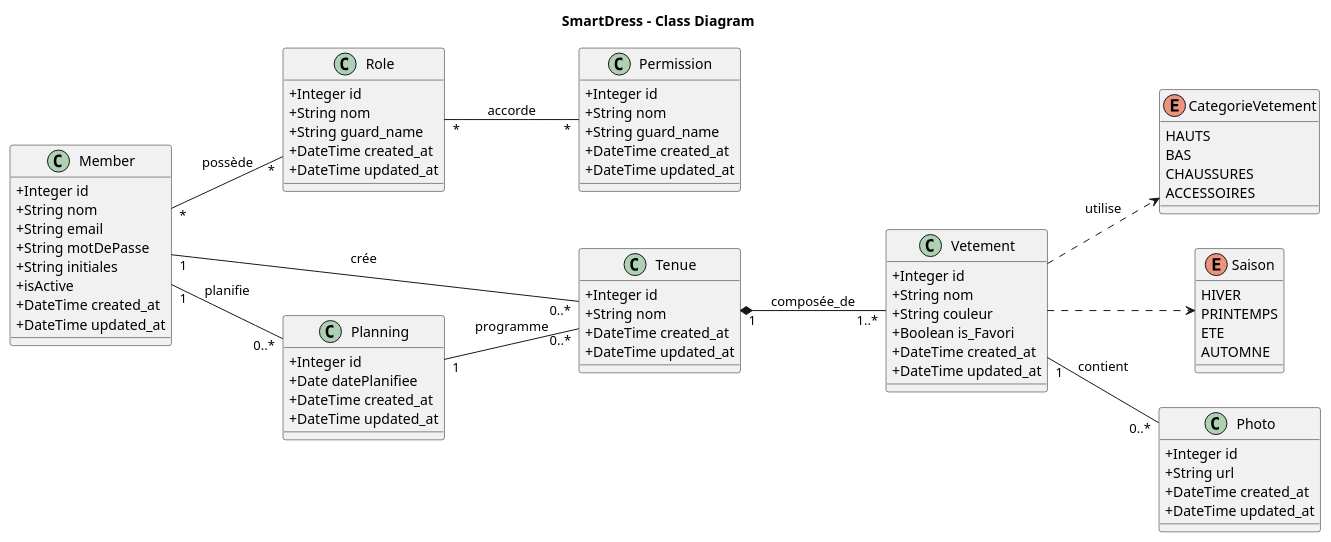
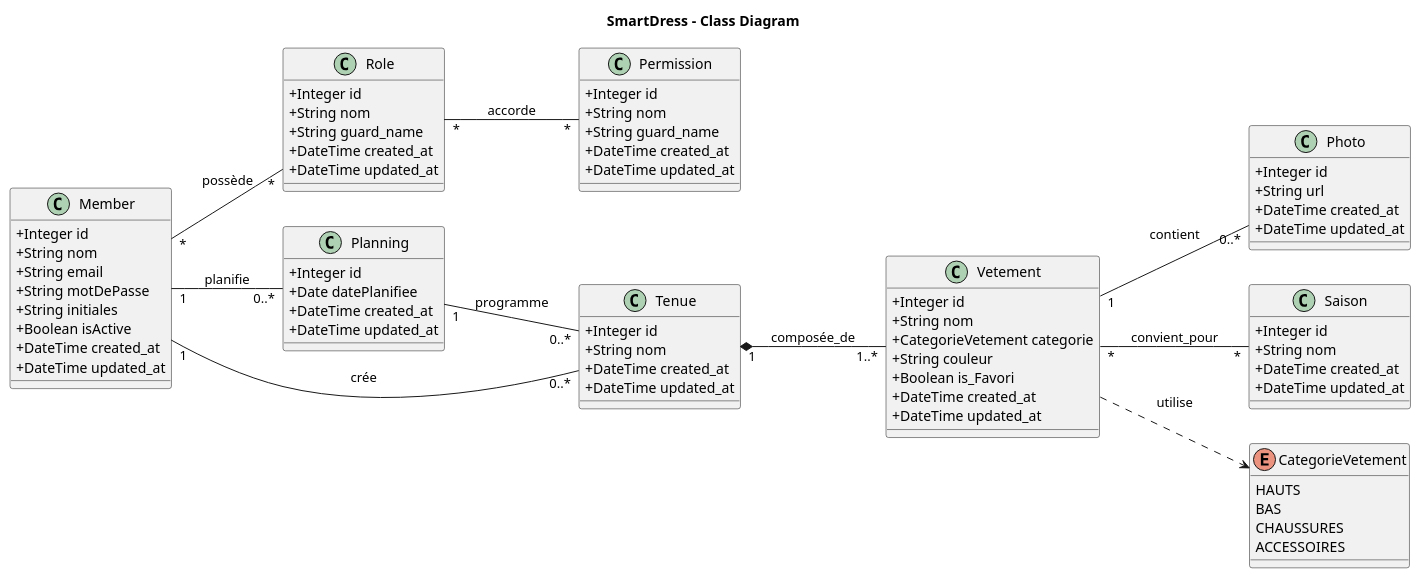
One commit to yasmineh-d/SmartDress changed the diagram in Conception/diagramme-classes.puml. Above: the diagram before and after it, drawn with PlantUML. The commit also changed 4 other files, not shown here.

```diff
--- a/Conception/diagramme-classes.puml
+++ b/Conception/diagramme-classes.puml
@@ -1,92 +1,89 @@
 @startuml
 title SmartDress - Class Diagram
 
 left to right direction
 skinparam classAttributeIconSize 0
-
-enum CategorieVetement {
-    HAUTS
-    BAS
-    CHAUSSURES
-    ACCESSOIRES
-}
-
-enum Saison {
-    HIVER
-    PRINTEMPS
-    ETE
-    AUTOMNE
-}
 
 class Member {
     +Integer id
     +String nom
     +String email
     +String motDePasse
     +String initiales
-    +isActive
+    +Boolean isActive
     +DateTime created_at
     +DateTime updated_at
 }
 
 class Role {
     +Integer id
     +String nom
     +String guard_name
     +DateTime created_at
     +DateTime updated_at
 }
 
 class Permission {
     +Integer id
     +String nom
     +String guard_name
     +DateTime created_at
     +DateTime updated_at
 }
 
+class Planning {
+    +Integer id
+    +Date datePlanifiee
+    +DateTime created_at
+    +DateTime updated_at
+}
+
+class Tenue {
+    +Integer id
+    +String nom
+    +DateTime created_at
+    +DateTime updated_at
+}
+
 class Vetement {
     +Integer id
     +String nom
+    +CategorieVetement categorie
     +String couleur
     +Boolean is_Favori
     +DateTime created_at
     +DateTime updated_at
 }
 
 class Photo {
     +Integer id
     +String url
     +DateTime created_at
     +DateTime updated_at
 }
 
-class Tenue {
+class Saison {
     +Integer id
     +String nom
     +DateTime created_at
     +DateTime updated_at
 }
 
-class Planning {
-    +Integer id
-    +Date datePlanifiee
-    +DateTime created_at
-    +DateTime updated_at
+enum CategorieVetement {
+    HAUTS
+    BAS
+    CHAUSSURES
+    ACCESSOIRES
 }
 
 Member "*" -- "*" Role : possède
 Role "*" -- "*" Permission : accorde
-
-
-Vetement "1" -- "0..*" Photo : contient
-
 Member "1" -- "0..*" Tenue : crée
-Tenue "1" *-- "1..*" Vetement : composée_de
-
 Member "1" -- "0..*" Planning : planifie
 Planning "1" -- "0..*" Tenue : programme
+Tenue "1" *-- "1..*" Vetement : composée_de
+Vetement "1" -- "0..*" Photo : contient
+Vetement "*" -- "*" Saison : convient_pour
+Vetement ..> CategorieVetement : utilise
 
-Vetement ..> CategorieVetement : utilise
-Vetement ..> Saison
 @enduml
```
